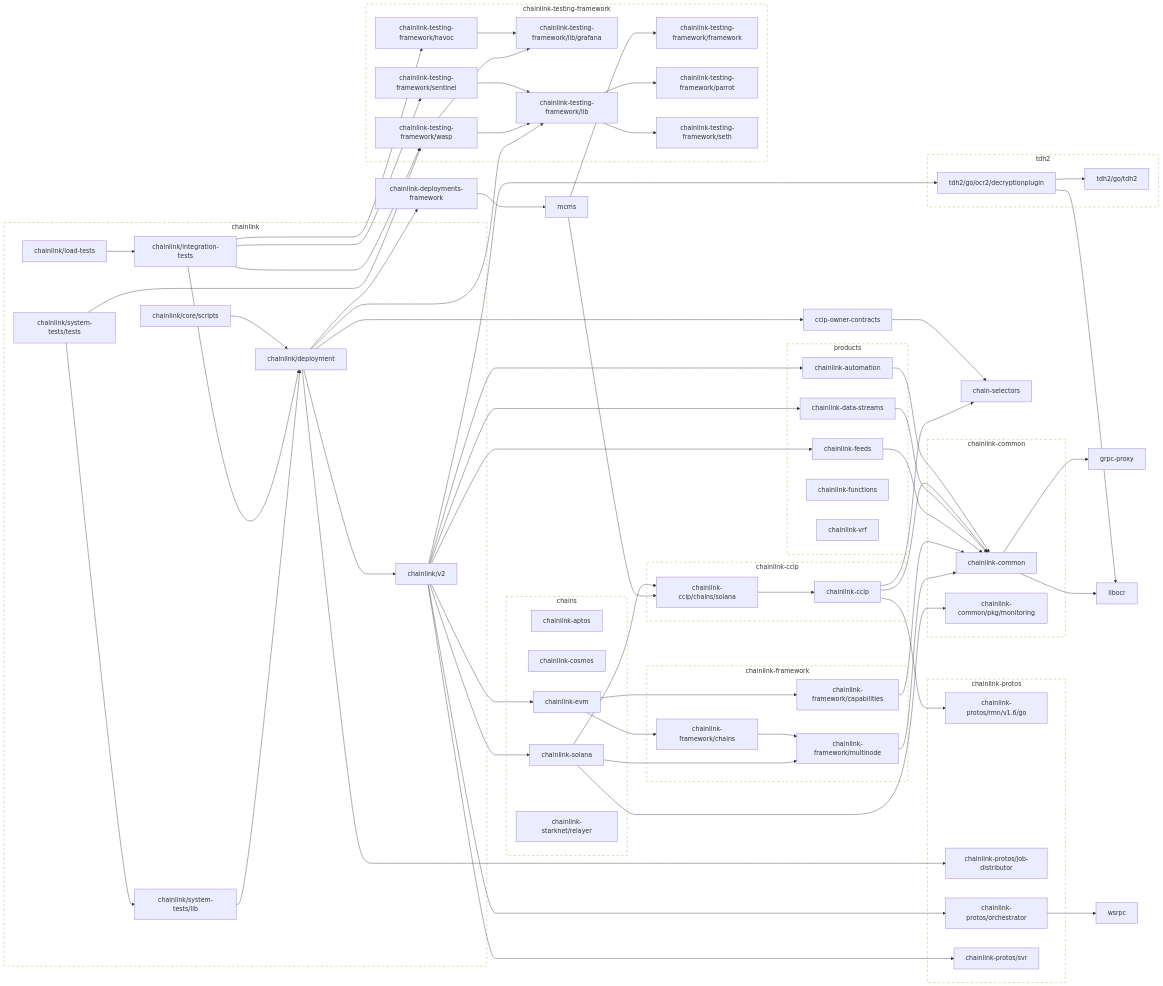
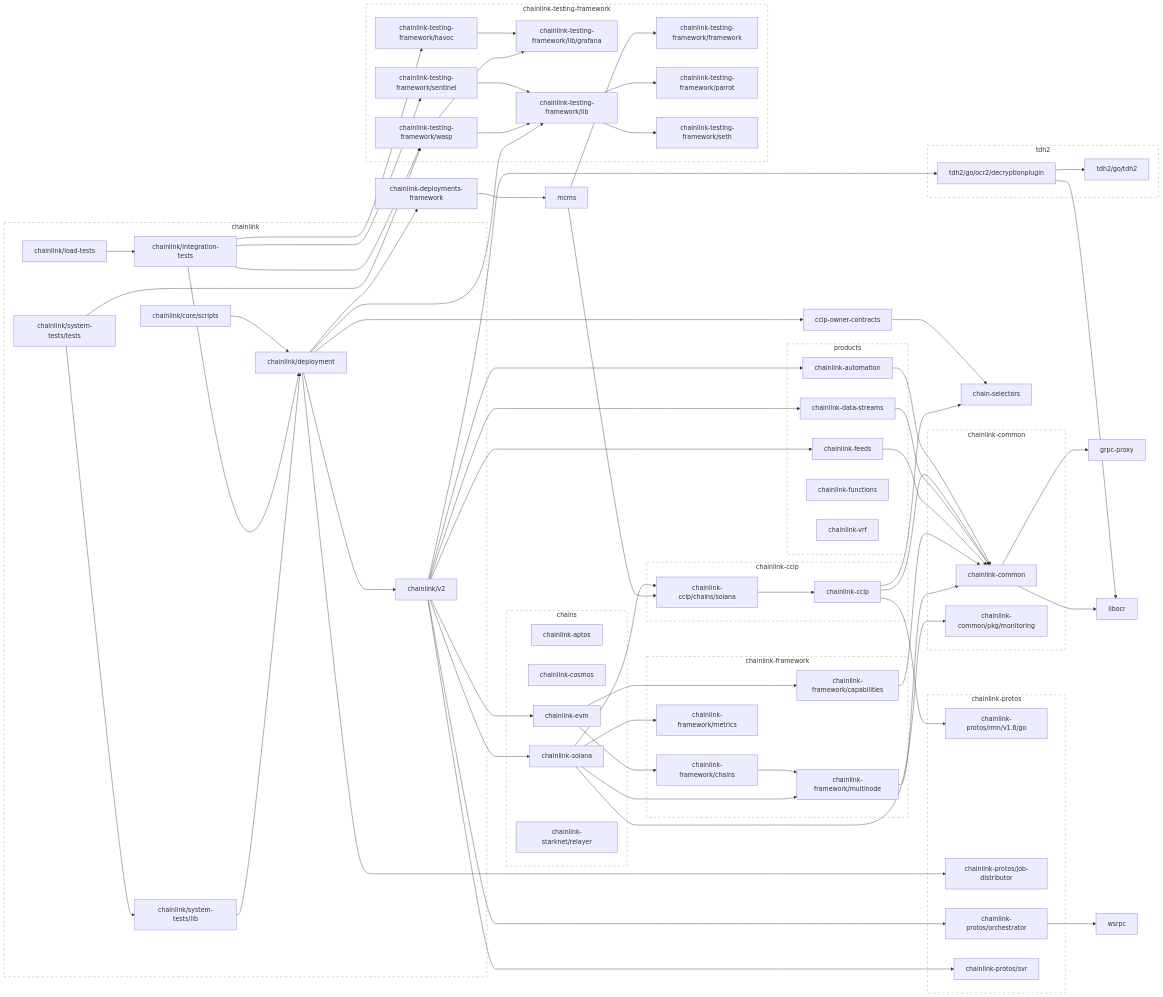
The second of 2 diagrams in go.md (JohnDaWalka/chainlink), drawn with Mermaid before and after one commit. The commit also changed other lines of this file, not shown here.

Commit message:
Generated new go.md

```diff
--- a/go.md
+++ b/go.md
@@ -167,6 +171,8 @@
 	click chainlink-framework/capabilities href "https://github.com/smartcontractkit/chainlink-framework"
 	chainlink-framework/chains --> chainlink-framework/multinode
 	click chainlink-framework/chains href "https://github.com/smartcontractkit/chainlink-framework"
+	chainlink-framework/metrics
+	click chainlink-framework/metrics href "https://github.com/smartcontractkit/chainlink-framework"
 	chainlink-framework/multinode --> chainlink-common
 	click chainlink-framework/multinode href "https://github.com/smartcontractkit/chainlink-framework"
 	chainlink-protos/job-distributor
@@ -179,6 +185,7 @@
 	click chainlink-protos/svr href "https://github.com/smartcontractkit/chainlink-protos"
 	chainlink-solana --> chainlink-ccip/chains/solana
 	chainlink-solana --> chainlink-common/pkg/monitoring
+	chainlink-solana --> chainlink-framework/metrics
 	chainlink-solana --> chainlink-framework/multinode
 	click chainlink-solana href "https://github.com/smartcontractkit/chainlink-solana"
 	chainlink-testing-framework/framework
@@ -269,6 +276,7 @@
 	subgraph chainlink-framework-repo[chainlink-framework]
 		 chainlink-framework/capabilities
 		 chainlink-framework/chains
+		 chainlink-framework/metrics
 		 chainlink-framework/multinode
 	end
 	click chainlink-framework-repo href "https://github.com/smartcontractkit/chainlink-framework"
```
